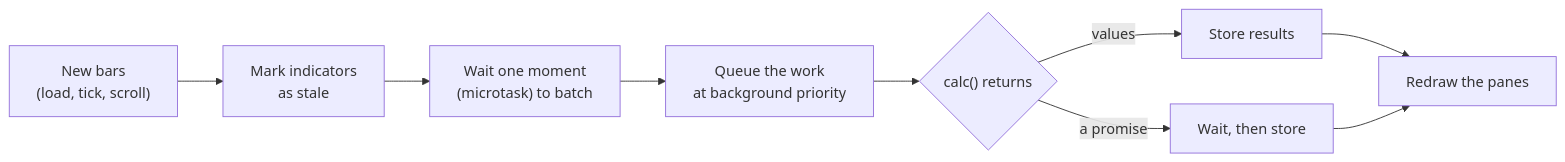
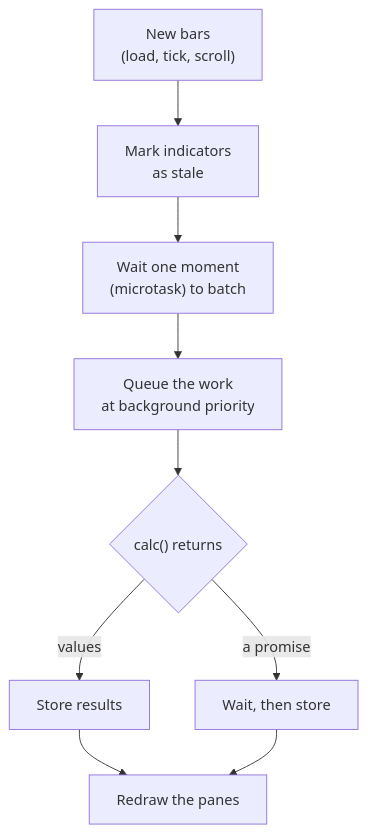
Before and after one commit to kowito/astroneum: the seventh of 11 diagrams in docs/architecture.md, drawn with Mermaid. The commit also changed other lines of this file and 2 other files, not shown here.

First line of the commit message:
docs: tag each diagram with an id so the website can draw it

````diff
--- a/docs/architecture.md
+++ b/docs/architecture.md
@@ -219,11 +225,12 @@
 ```mermaid
-flowchart LR
+%% diagram: indicator-pipeline
+flowchart TD
     A["New bars<br/>(load, tick, scroll)"] --> B["Mark indicators<br/>as stale"]
     B --> C["Wait one moment<br/>(microtask) to batch"]
     C --> D["Queue the work<br/>at background priority"]
     D --> E{"calc() returns"}
     E -->|"values"| F["Store results"]
     E -->|"a promise"| G["Wait, then store"]
     F --> H["Redraw the panes"]
     G --> H
 ```
````
